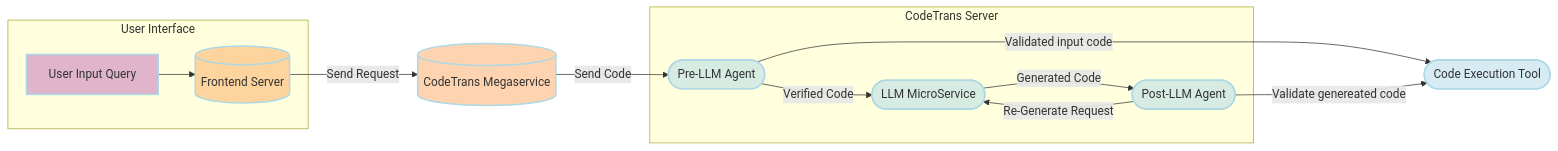
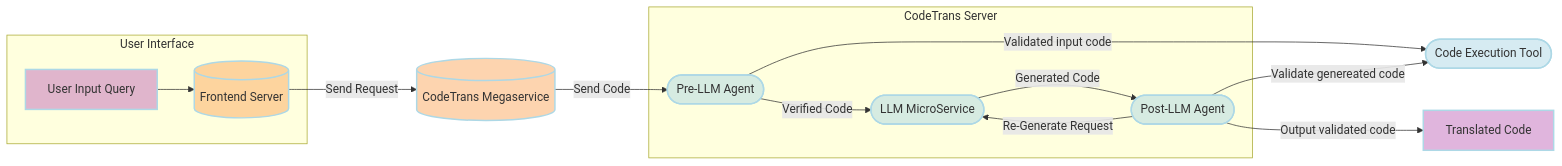
Before and after one commit to opea-project/docs: the diagram in community/rfcs/25-03-14-GenAIExample-001-CodeTrans-with-Agents.md, drawn with Mermaid. The commit also changed other lines of this file, not shown here.

Commit message:
update diagram

````diff
--- a/community/rfcs/25-03-14-GenAIExample-001-CodeTrans-with-Agents.md
+++ b/community/rfcs/25-03-14-GenAIExample-001-CodeTrans-with-Agents.md
@@ -86,33 +86,35 @@
 ```mermaid
 graph LR
     %% Colors %%
     classDef blue fill:#ADD8E6,stroke:#ADD8E6,stroke-width:2px,fill-opacity:0.5
     classDef orange fill:#FBAA60,stroke:#ADD8E6,stroke-width:2px,fill-opacity:0.5
     classDef orchid fill:#C26DBC,stroke:#ADD8E6,stroke-width:2px,fill-opacity:0.5
     subgraph User Interface
         %% direction TD
         Frontend[(Frontend Server)]:::orange
         UIQ[User Input Query]:::orchid
         UIQ --> Frontend
     end
 
     Megaservice[(CodeTrans Megaservice)]:::orange
     
     subgraph CodeTrans Server
         Agent1([Pre-LLM Agent]):::blue
         LLM_MicroService([LLM MicroService]):::blue
         Agent2([Post-LLM Agent]):::blue
     end
 
     CodeExecutionTool([Code Execution Tool]):::blue
+    Output[Translated Code]:::orchid
 
     direction LR
     Frontend -->|Send Request| Megaservice
     Megaservice -->|Send Code| Agent1
     Agent1 -->|Verified Code| LLM_MicroService
     LLM_MicroService -->|Generated Code| Agent2
     Agent2 -->|Re-Generate Request| LLM_MicroService
 
     Agent1 -->|Validated input code| CodeExecutionTool
     Agent2 -->|Validate genereated code| CodeExecutionTool
+    Agent2 -->|Output validated code| Output
 ```
````
